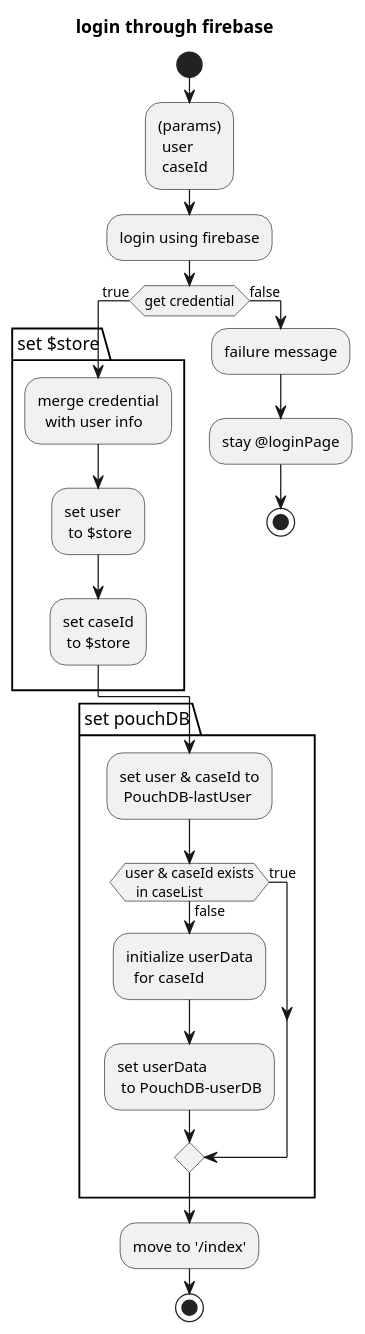
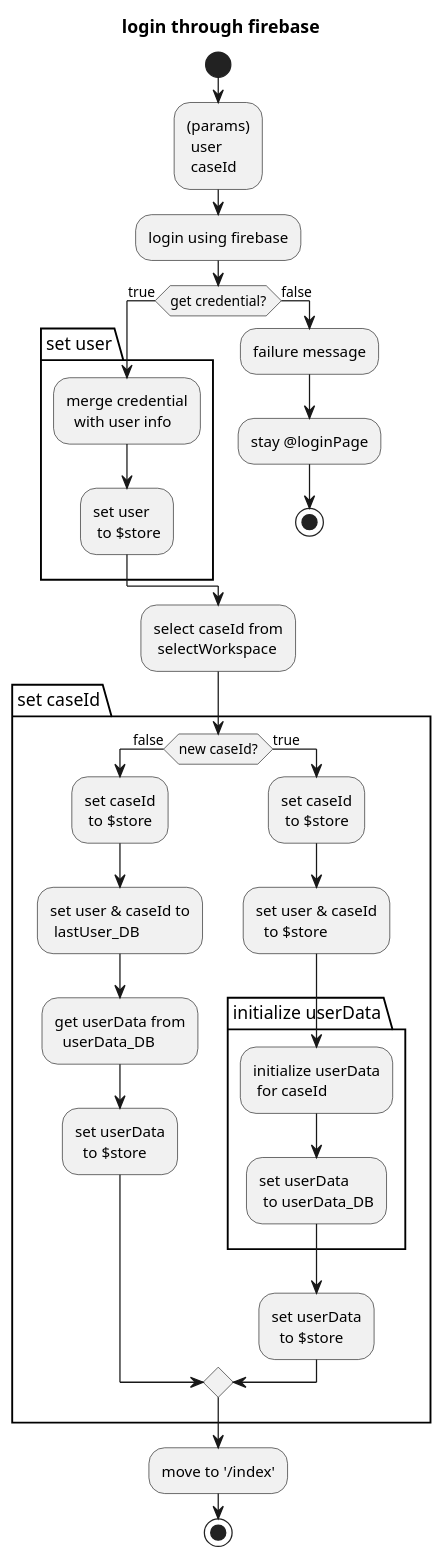
Before and after one commit to snakada1615/nuxt_pwa201122: the diagram in assets/backdata/loginFire.puml, drawn with PlantUML. The commit also changed 11 other files, not shown here.

```diff
--- a/assets/backdata/loginFire.puml
+++ b/assets/backdata/loginFire.puml
@@ -1,45 +1,53 @@
 @startuml
 title login through firebase
 
 start
 
 :(params)
  user
  caseId;
-
 :login using firebase;
-if (get credential) then (true)
-  package "set $store" {
+if (get credential?) then (true)
+  package "set user" {
     :merge credential
       with user info;
     :set user
-     to $store;
-    :set caseId
      to $store;
   }
 else (false)
   :failure message;
   :stay @loginPage;
   stop
 endif
+  :select caseId from
+   selectWorkspace;
+package "set caseId" {
+   if (new caseId?) then (false)
+     :set caseId
+      to $store;
+     :set user & caseId to
+      lastUser_DB;
+     :get userData from
+       userData_DB;
+     :set userData
+       to $store;
+   else (true)
+     :set caseId
+      to $store;
+     :set user & caseId
+       to $store;
+   package "initialize userData" {
+     :initialize userData
+      for caseId;
+     :set userData
+      to userData_DB;
+   }
+   :set userData
+     to $store;
 
-package "set pouchDB" {
-  :set user & caseId to
-   PouchDB-lastUser;
-
-  if (user & caseId exists
-   in caseList) then (true)
-
-  else (false)
-    :initialize userData
-      for caseId;
-    :set userData
-     to PouchDB-userDB;
   endif
 }
-
 :move to '/index';
-
 stop
 
 @enduml
```
